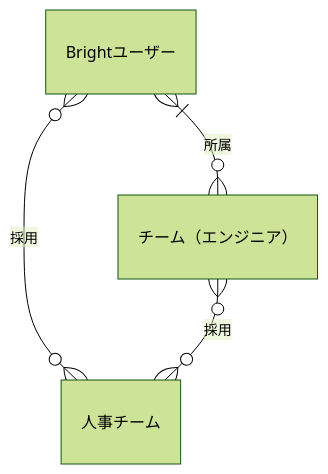
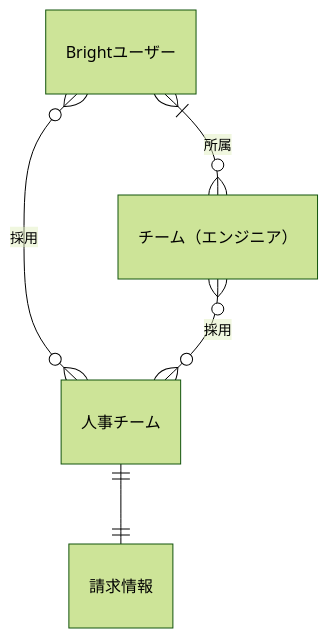
One commit to bright-org/bright changed the fourth of 8 diagrams in docs/conceptual_schemas/users.md. Above: the diagram before and after it, drawn with Mermaid (forest theme). The commit also changed other lines of this file, not shown here.

````diff
--- a/docs/conceptual_schemas/users.md
+++ b/docs/conceptual_schemas/users.md
@@ -55,6 +66,7 @@
 ```mermaid
 erDiagram
   "Brightユーザー"}|--o{"チーム（エンジニア）" : "所属"
   "Brightユーザー"}o--o{"人事チーム" : "採用"
   "チーム（エンジニア）"}o--o{"人事チーム" : "採用"
+  "人事チーム"||--||"請求情報" : ""
 ```
````
